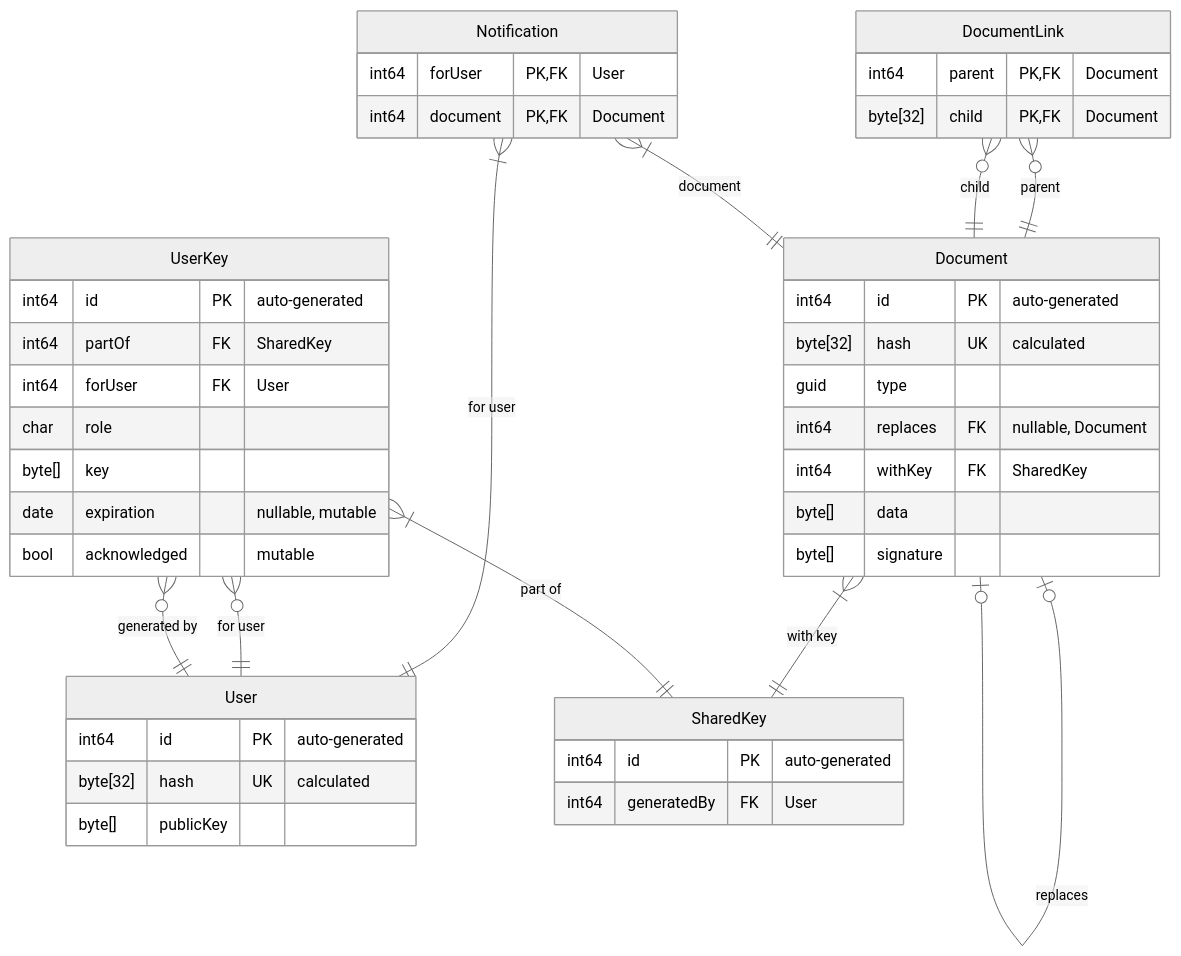
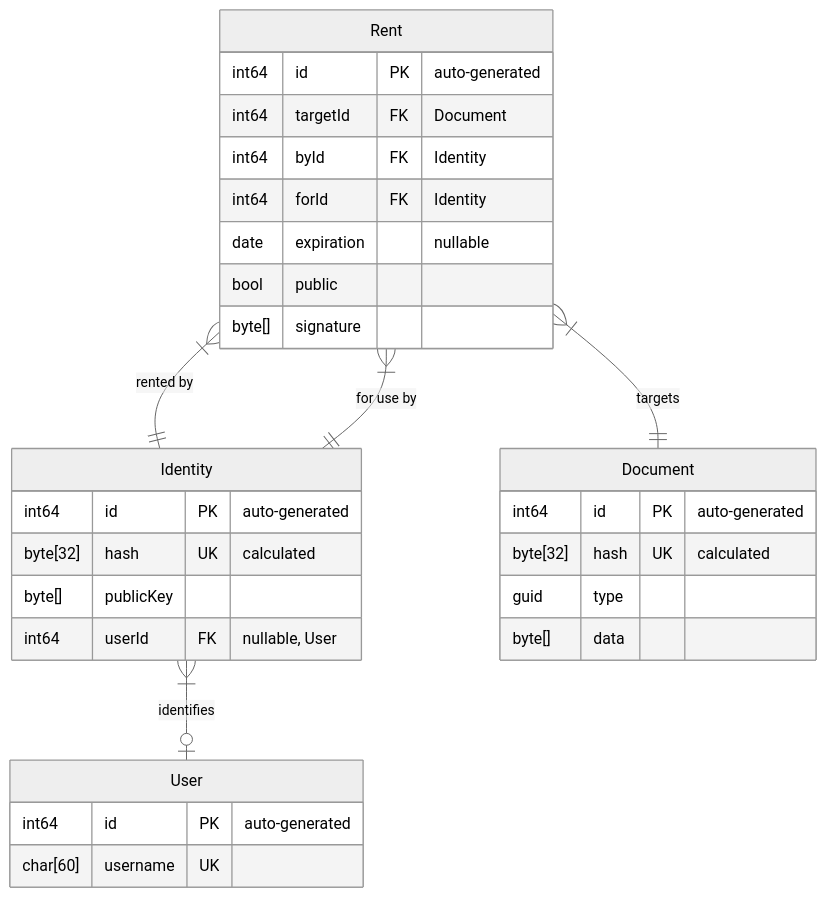
The diagram in docs/Protocol.md (simple-apps-suite/simple-collab), drawn with Mermaid (neutral theme) before and after one commit. The commit also changed other lines of this file, not shown here.

````diff
--- a/docs/Protocol.md
+++ b/docs/Protocol.md
@@ -167,53 +166,36 @@
 ```mermaid
 erDiagram
 
 User {
+  int64    id       PK "auto-generated"
+  char[60] username UK
+}
+
+Identity }|--o| User : "identifies"
+Identity {
   int64    id        PK "auto-generated"
   byte[32] hash      UK "calculated"
   byte[]   publicKey
+  int64    userId    FK "nullable, User"
 }
 
-Document |o--o| Document : "replaces"
-Document }|--|| SharedKey : "with key"
 Document {
   int64    id        PK "auto-generated"
   byte[32] hash      UK "calculated"
   guid     type
-  int64    replaces  FK "nullable, Document"
-  int64    withKey   FK "SharedKey"
   byte[]   data
+}
+
+Rent }|--|| Document : "targets"
+Rent }|--|| Identity : "rented by"
+Rent }|--|| Identity : "for use by"
+Rent {
+  int64    id         PK "auto-generated"
+  int64    targetId   FK "Document"
+  int64    byId       FK "Identity"
+  int64    forId      FK "Identity"
+  date     expiration    "nullable"
+  bool     public
   byte[]   signature
 }
-
-DocumentLink }o--|| Document : "parent"
-DocumentLink }o--|| Document : "child"
-DocumentLink {
-  int64    parent PK, FK "Document"
-  byte[32] child  PK, FK "Document"
-}
-
-Notification }|--|| User : "for user"
-Notification }|--|| Document : "document"
-Notification {
-  int64  forUser  PK, FK "User"
-  int64  document PK, FK "Document"
-}
-
-SharedKey {
-  int64 id          PK "auto-generated"
-  int64 generatedBy FK "User"
-}
-
-UserKey }|--|| SharedKey : "part of"
-UserKey }o--|| User : "for user"
-UserKey }o--|| User : "generated by"
-UserKey {
-  int64  id           PK "auto-generated"
-  int64  partOf       FK "SharedKey"
-  int64  forUser      FK "User"
-  char   role
-  byte[] key
-  date   expiration      "nullable, mutable"
-  bool   acknowledged    "mutable"
-}
 ```
````
